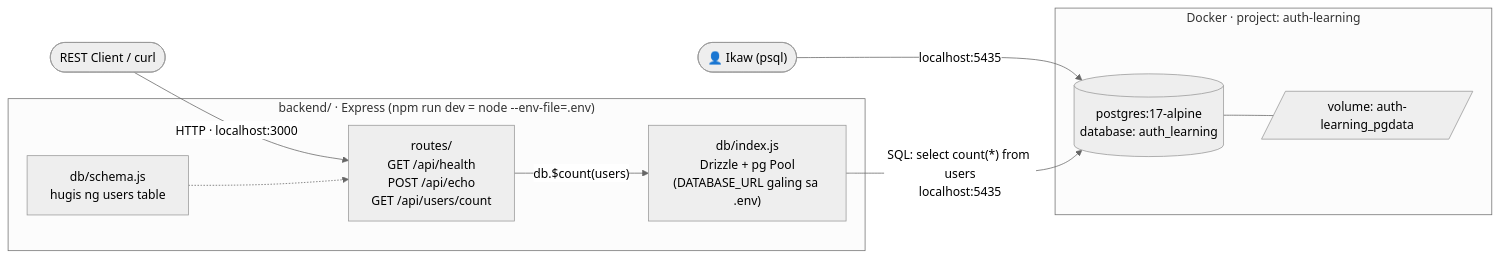
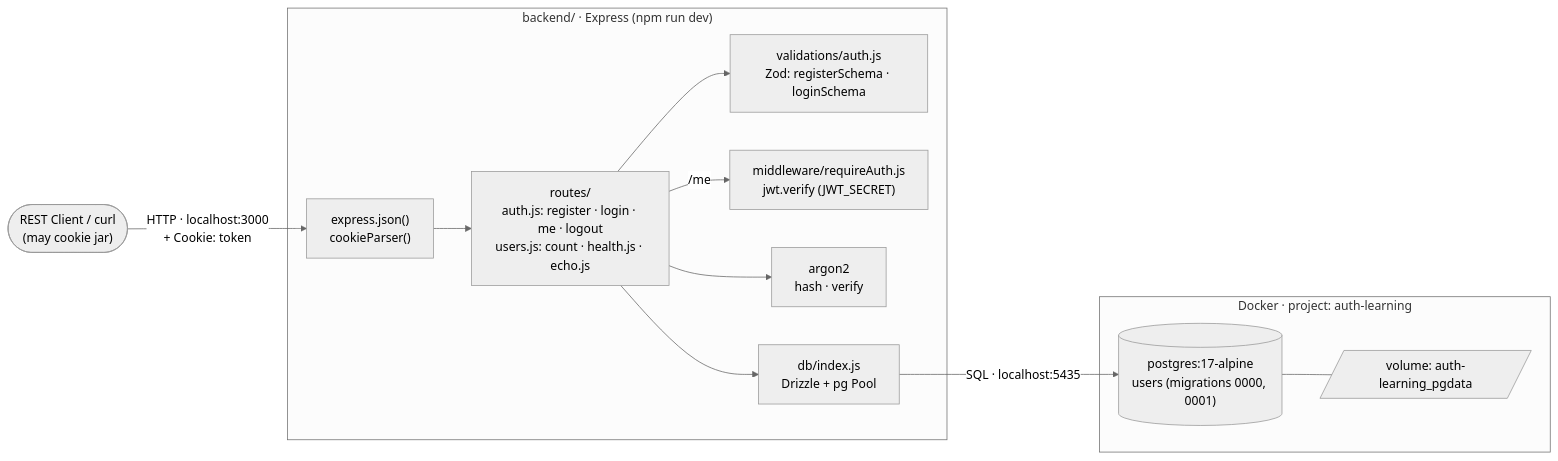
One commit to nelson1869-ai/auth-learning changed the first of 3 diagrams in docs/diagrams/00-architecture.md. Above: the diagram before and after it, drawn with Mermaid (neutral theme). The commit also changed other lines of this file and 5 other files, not shown here.

First line of the commit message:
docs: day 19 review — restore missing login request, sync architecture and diagrams

````diff
--- a/docs/diagrams/00-architecture.md
+++ b/docs/diagrams/00-architecture.md
@@ -12,18 +12,23 @@
 ```mermaid
 flowchart LR
-    Client(["REST Client / curl"]) -->|"HTTP · localhost:3000"| Routes
-    subgraph BE["backend/ · Express (npm run dev = node --env-file=.env)"]
-        Routes["routes/<br/>GET /api/health<br/>POST /api/echo<br/>GET /api/users/count"]
-        DB["db/index.js<br/>Drizzle + pg Pool<br/>(DATABASE_URL galing sa .env)"]
-        Schema["db/schema.js<br/>hugis ng users table"]
-        Routes -->|"db.$count(users)"| DB
-        Schema -.-> Routes
+    Client(["REST Client / curl<br/>(may cookie jar)"]) -->|"HTTP · localhost:3000<br/>+ Cookie: token"| MW
+    subgraph BE["backend/ · Express (npm run dev)"]
+        MW["express.json()<br/>cookieParser()"]
+        Routes["routes/<br/>auth.js: register · login · me · logout<br/>users.js: count · health.js · echo.js"]
+        Val["validations/auth.js<br/>Zod: registerSchema · loginSchema"]
+        Auth["middleware/requireAuth.js<br/>jwt.verify (JWT_SECRET)"]
+        Hash["argon2<br/>hash · verify"]
+        DB["db/index.js<br/>Drizzle + pg Pool"]
+        MW --> Routes
+        Routes --> Val
+        Routes -->|"/me"| Auth
+        Routes --> Hash
+        Routes --> DB
     end
-    You(["👤 Ikaw (psql)"]) -->|"localhost:5435"| PG
-    DB -->|"SQL: select count(*) from users<br/>localhost:5435"| PG
+    DB -->|"SQL · localhost:5435"| PG
     subgraph Docker["Docker · project: auth-learning"]
-        PG[("postgres:17-alpine<br/>database: auth_learning")]
+        PG[("postgres:17-alpine<br/>users (migrations 0000, 0001)")]
         Vol[/"volume: auth-learning_pgdata"/]
         PG --- Vol
     end
 ```
````
